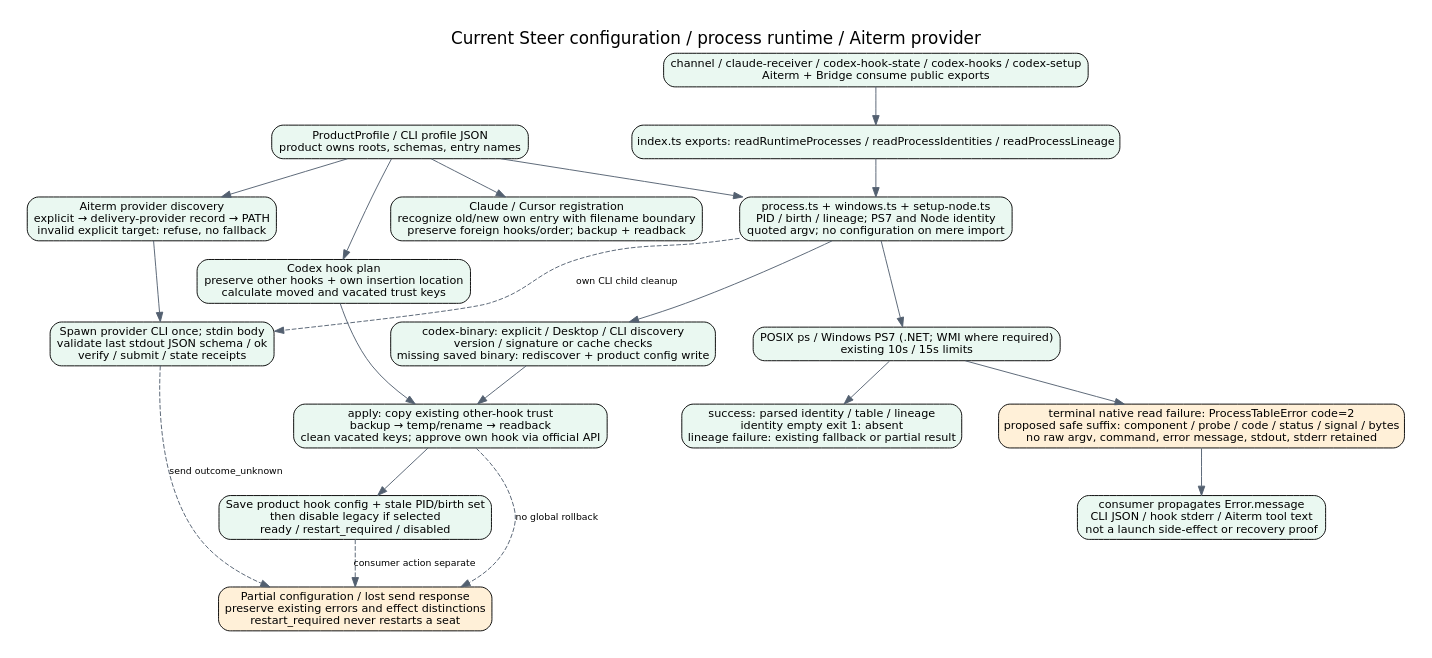
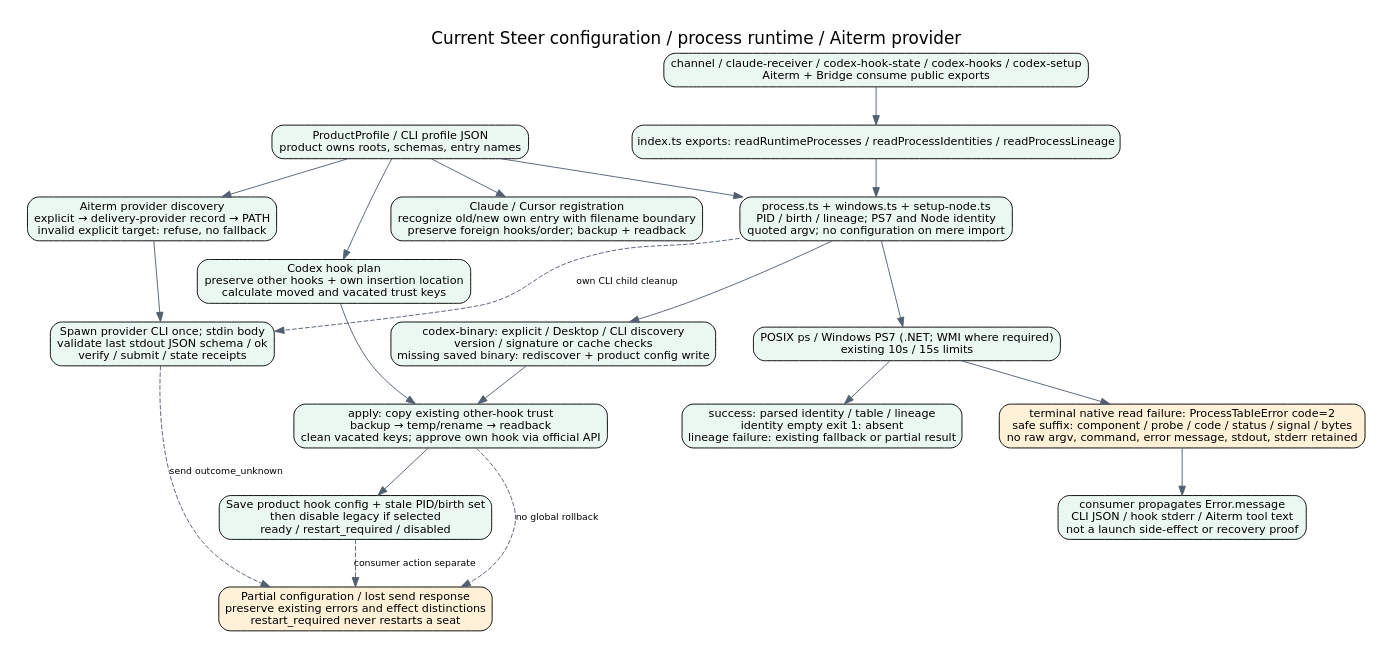
One commit to kitepon/aiterm-steer-delivery changed the diagram in docs/architecture/steer-setup-runtime.dot. Above: the diagram before and after it, drawn with Graphviz. The commit also changed 9 other files, not shown here.

```diff
--- a/docs/architecture/steer-setup-runtime.dot
+++ b/docs/architecture/steer-setup-runtime.dot
@@ -1,33 +1,33 @@
 digraph setup {
  graph [rankdir=TB,bgcolor="white",pad=0.3,nodesep=0.55,ranksep=0.55,label="Current Steer configuration / process runtime / Aiterm provider",labelloc=t,fontname="DejaVu Sans",fontsize=18];
  node [shape=box,style="rounded,filled",fillcolor="#eaf8f1",fontname="DejaVu Sans",fontsize=12];
  edge [fontname="DejaVu Sans",fontsize=10,color="#536070"];
  profile [label="ProductProfile / CLI profile JSON\nproduct owns roots, schemas, entry names"];
  process [label="process.ts + windows.ts + setup-node.ts\nPID / birth / lineage; PS7 and Node identity\nquoted argv; no configuration on mere import"];
  binary [label="codex-binary: explicit / Desktop / CLI discovery\nversion / signature or cache checks\nmissing saved binary: rediscover + product config write"];
  plan [label="Codex hook plan\npreserve other hooks + own insertion location\ncalculate moved and vacated trust keys"];
  apply [label="apply: copy existing other-hook trust\nbackup → temp/rename → readback\nclean vacated keys; approve own hook via official API"];
  saved [label="Save product hook config + stale PID/birth set\nthen disable legacy if selected\nready / restart_required / disabled"];
  cc [label="Claude / Cursor registration\nrecognize old/new own entry with filename boundary\npreserve foreign hooks/order; backup + readback"];
  provider [label="Aiterm provider discovery\nexplicit → delivery-provider record → PATH\ninvalid explicit target: refuse, no fallback"];
  call [label="Spawn provider CLI once; stdin body\nvalidate last stdout JSON schema / ok\nverify / submit / state receipts"];
  unknown [label="Partial configuration / lost send response\npreserve existing errors and effect distinctions\nrestart_required never restarts a seat",fillcolor="#fff0d8"];
  profile -> process;profile -> plan;process -> binary;binary -> apply;plan -> apply;apply -> saved;profile -> cc;
  profile -> provider;provider -> call;process -> call [style=dashed,label="own CLI child cleanup"];
  apply -> unknown [style=dashed,label="no global rollback"];call -> unknown [style=dashed,label="send outcome_unknown"];saved -> unknown [style=dashed,label="consumer action separate"];
  entry [label="index.ts exports: readRuntimeProcesses / readProcessIdentities / readProcessLineage"];
  caller [label="channel / claude-receiver / codex-hook-state / codex-hooks / codex-setup
 Aiterm + Bridge consume public exports"];
  os [label="POSIX ps / Windows PS7 (.NET; WMI where required)
 existing 10s / 15s limits"];
  result [label="success: parsed identity / table / lineage
 identity empty exit 1: absent
 lineage failure: existing fallback or partial result"];
  failure [label="terminal native read failure: ProcessTableError code=2
-proposed safe suffix: component / probe / code / status / signal / bytes
+safe suffix: component / probe / code / status / signal / bytes
 no raw argv, command, error message, stdout, stderr retained",fillcolor="#fff0d8"];
  display [label="consumer propagates Error.message
 CLI JSON / hook stderr / Aiterm tool text
 not a launch side-effect or recovery proof"];
  caller -> entry;entry -> process;process -> os;os -> result;os -> failure;failure -> display;
 }
```
